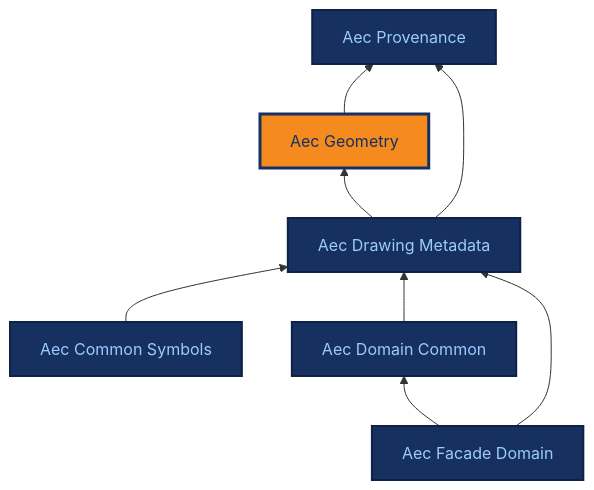
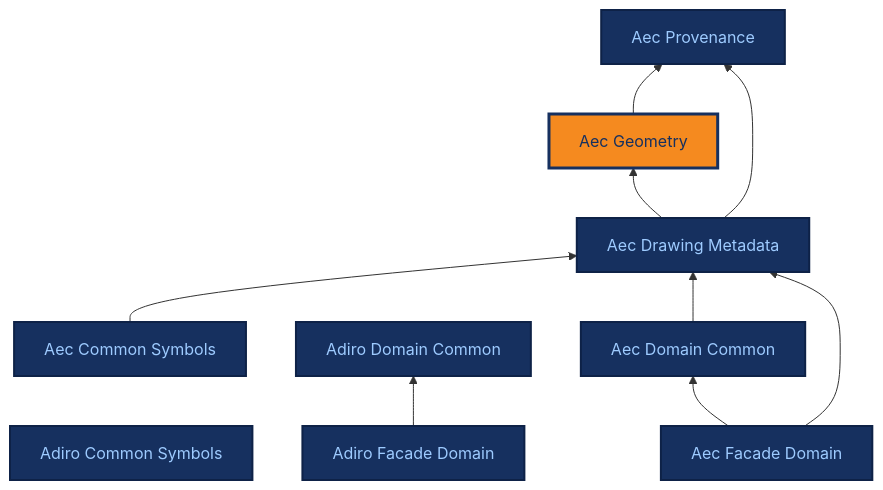
The diagram in docs/ontologies/aec_geometry.md (BuroHappoldMachineLearning/ADIRO), drawn with Mermaid before and after one commit. The commit also changed 162 other files, not shown here.

First line of the commit message:
feat: rename three modules, with the reference terms defined in adiro_drawing_symbology (#281, #277, #271)

````diff
--- a/docs/ontologies/aec_geometry.md
+++ b/docs/ontologies/aec_geometry.md
@@ -42,27 +42,34 @@
 ```mermaid
 %%{init: {"themeCSS": ".base .nodeLabel,.base .nodeLabel p,.base text,.base tspan{fill:#9ecbff !important;color:#9ecbff !important}.current .nodeLabel,.current .nodeLabel p,.current text,.current tspan{fill:#16305f !important;color:#16305f !important}"} }%%
 graph BT
     aec_provenance["Aec Provenance"]
     aec_geometry["Aec Geometry"]
     aec_drawing_metadata["Aec Drawing Metadata"]
+    adiro_common_symbols["Adiro Common Symbols"]
     aec_common_symbols["Aec Common Symbols"]
+    adiro_domain_common["Adiro Domain Common"]
     aec_domain_common["Aec Domain Common"]
+    adiro_facade_domain["Adiro Facade Domain"]
     aec_facade_domain["Aec Facade Domain"]
     aec_geometry --> aec_provenance
     aec_drawing_metadata --> aec_geometry
     aec_drawing_metadata --> aec_provenance
     aec_common_symbols --> aec_drawing_metadata
     aec_domain_common --> aec_drawing_metadata
+    adiro_facade_domain --> adiro_domain_common
     aec_facade_domain --> aec_domain_common
     aec_facade_domain --> aec_drawing_metadata
     click aec_provenance "../aec_provenance/" "Aec Provenance reference page"
     click aec_geometry "../aec_geometry/" "Aec Geometry reference page"
     click aec_drawing_metadata "../aec_drawing_metadata/" "Aec Drawing Metadata reference page"
+    click adiro_common_symbols "../adiro_common_symbols/" "Adiro Common Symbols reference page"
     click aec_common_symbols "../aec_common_symbols/" "Aec Common Symbols reference page"
+    click adiro_domain_common "../adiro_domain_common/" "Adiro Domain Common reference page"
     click aec_domain_common "../aec_domain_common/" "Aec Domain Common reference page"
+    click adiro_facade_domain "../adiro_facade_domain/" "Adiro Facade Domain reference page"
     click aec_facade_domain "../aec_facade_domain/" "Aec Facade Domain reference page"
     classDef base fill:#16305f,stroke:#0e2247,stroke-width:2px,color:#9ecbff;
-    class aec_provenance,aec_drawing_metadata,aec_common_symbols,aec_domain_common,aec_facade_domain base;
+    class aec_provenance,aec_drawing_metadata,adiro_common_symbols,aec_common_symbols,adiro_domain_common,aec_domain_common,adiro_facade_domain,aec_facade_domain base;
     classDef current fill:#f58a1f,stroke:#16305f,stroke-width:3px,color:#16305f;
     class aec_geometry current;
 ```
````
